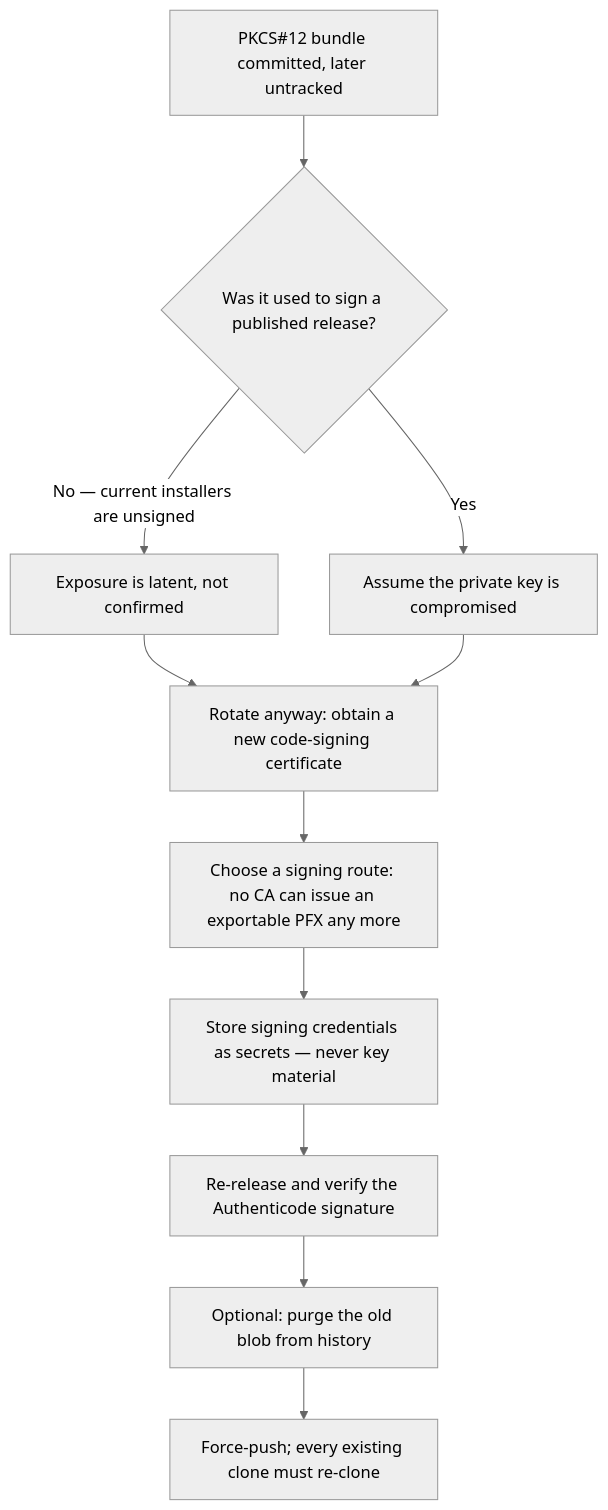
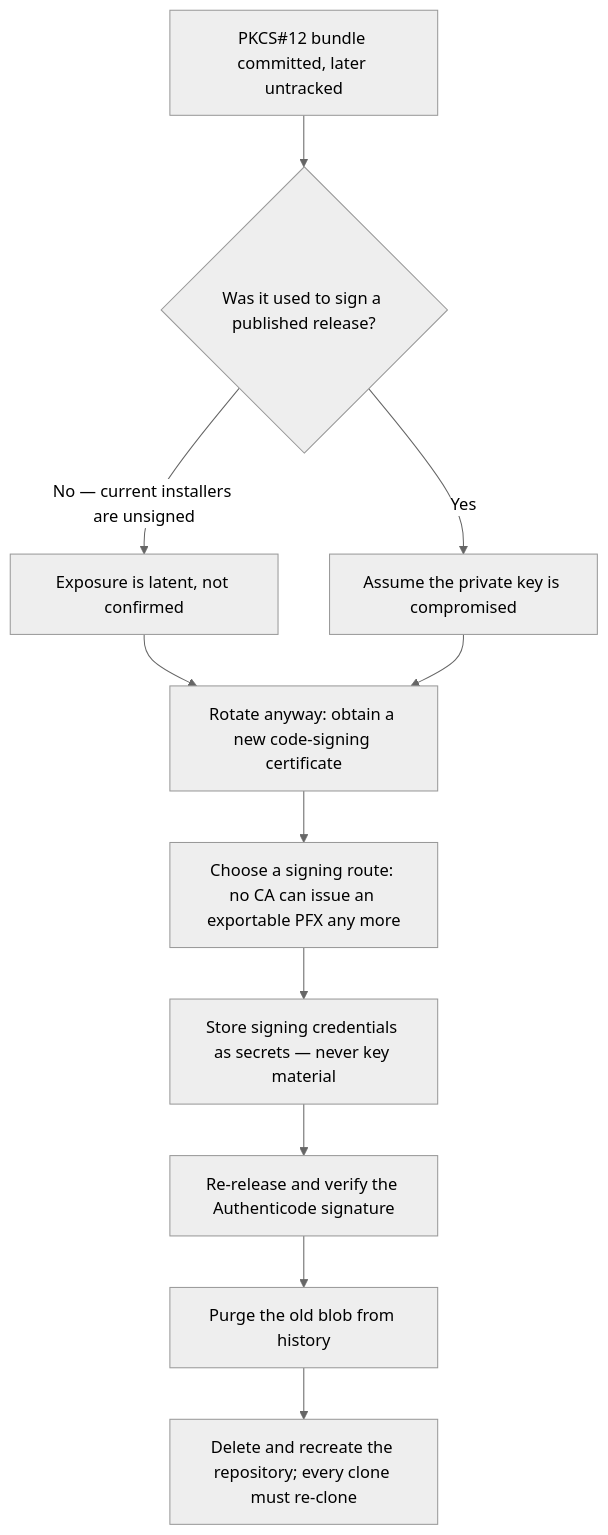
One commit to dishanagalawatta/SkillManager changed the diagram in docs/SECURITY.md. Above: the diagram before and after it, drawn with Mermaid (neutral theme). The commit also changed other lines of this file and 3 other files, not shown here.

First line of the commit message:
docs: record the completed history purge

````diff
--- a/docs/SECURITY.md
+++ b/docs/SECURITY.md
@@ -53,13 +53,13 @@
 ```mermaid
 flowchart TD
     A["PKCS#12 bundle committed, later untracked"] --> B{"Was it used to sign a published release?"}
     B -->|"No — current installers are unsigned"| C["Exposure is latent, not confirmed"]
     B -->|"Yes"| D["Assume the private key is compromised"]
     C --> E["Rotate anyway: obtain a new code-signing certificate"]
     D --> E
     E --> F["Choose a signing route: no CA can issue an exportable PFX any more"]
     F --> G["Store signing credentials as secrets — never key material"]
     G --> H["Re-release and verify the Authenticode signature"]
-    H --> I["Optional: purge the old blob from history"]
-    I --> J["Force-push; every existing clone must re-clone"]
+    H --> I["Purge the old blob from history"]
+    I --> J["Delete and recreate the repository; every clone must re-clone"]
 ```
````
